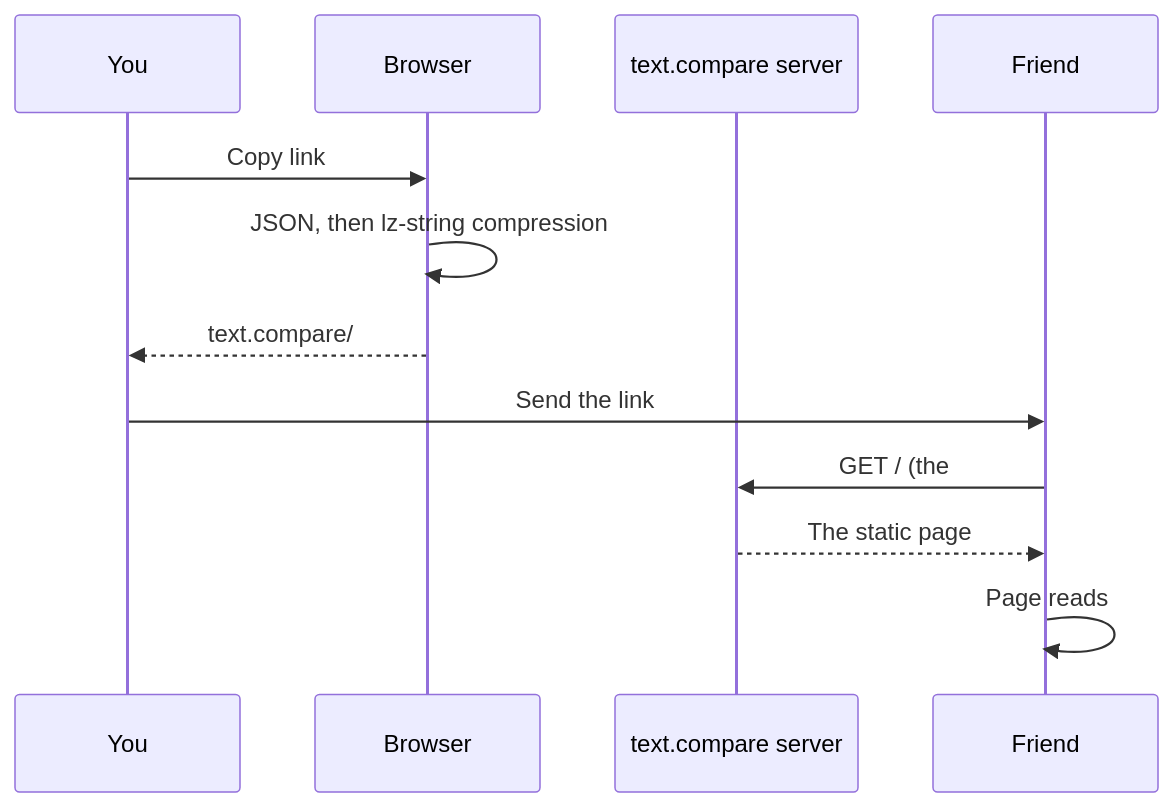
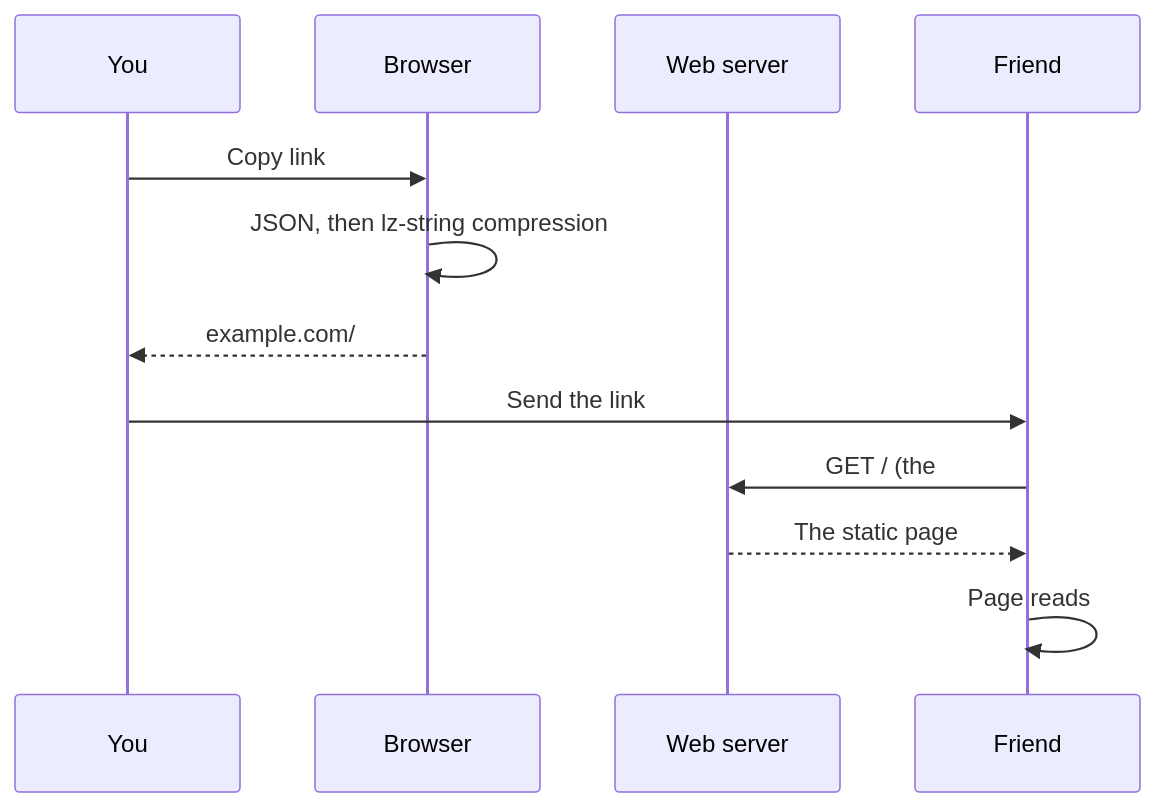
One commit to JamesClayPatton/text-compare-lite changed the second of 2 diagrams in README.md. Above: the diagram before and after it, drawn with Mermaid. The commit also changed other lines of this file, not shown here.

````diff
--- a/README.md
+++ b/README.md
@@ -183,14 +269,14 @@
 ```mermaid
 sequenceDiagram
     participant You
     participant Browser
-    participant Server as text.compare server
+    participant Server as Web server
     participant Friend
     You->>Browser: Copy link
     Browser->>Browser: JSON, then lz-string compression
-    Browser-->>You: text.compare/#v1:N4Ig…
+    Browser-->>You: example.com/#v1:N4Ig…
     You->>Friend: Send the link
     Friend->>Server: GET / (the #… part is never sent)
     Server-->>Friend: The static page
     Friend->>Friend: Page reads #v1:…, restores both texts,<br/>then clears it from the address bar
 ```
````
